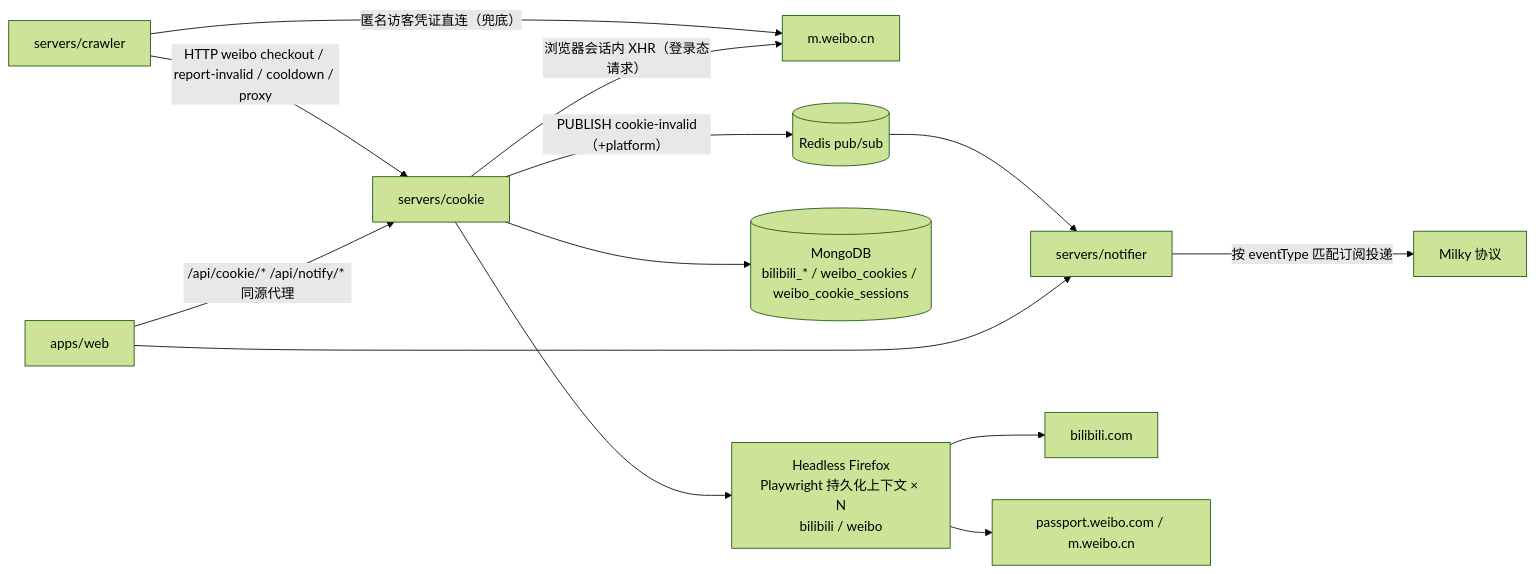
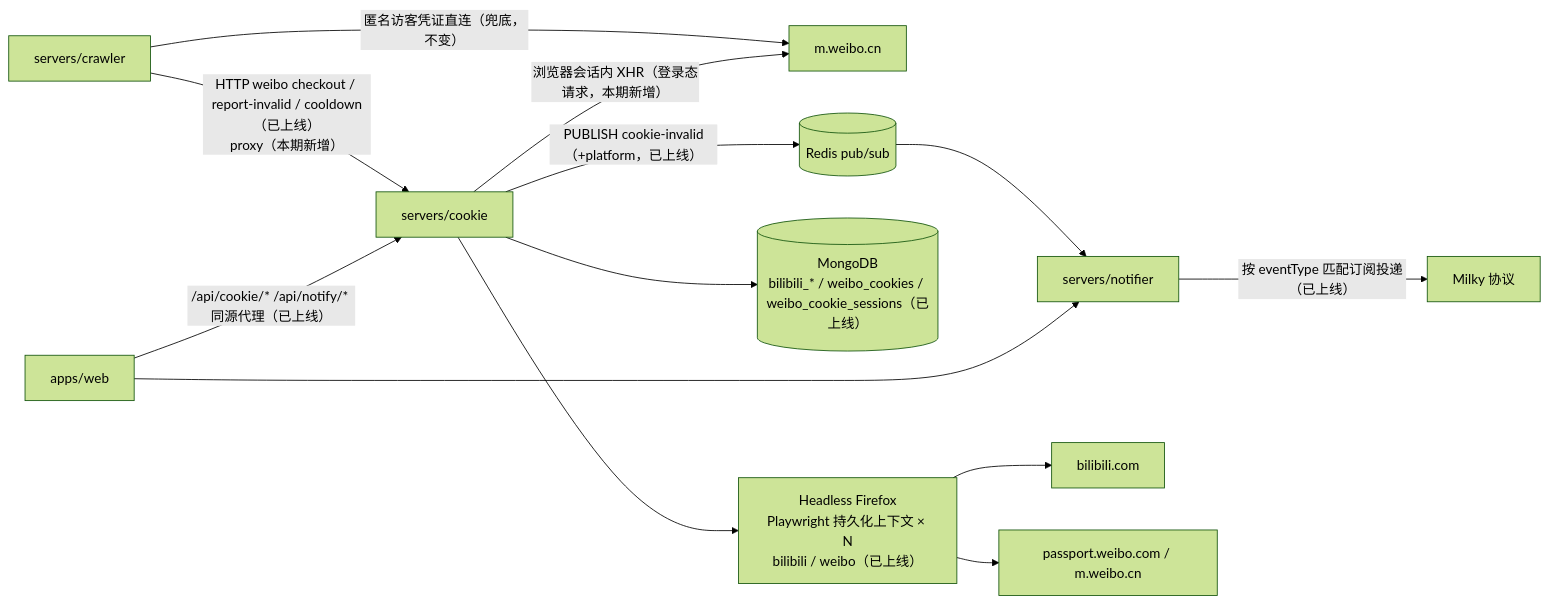
One commit to Deliay/z-vtuber changed the first of 3 diagrams in docs/engineering/proposals/20260913-proposal-weibo-cookie-crawl.md. Above: the diagram before and after it, drawn with Mermaid (forest theme). The commit also changed other lines of this file and 1 other file, not shown here.

First line of the commit message:
docs: revise weibo-cookie-crawl docs to v1.2, scope to proxy xhr increment

````diff
--- a/docs/engineering/proposals/20260913-proposal-weibo-cookie-crawl.md
+++ b/docs/engineering/proposals/20260913-proposal-weibo-cookie-crawl.md
@@ -38,15 +42,15 @@
 ```mermaid
 graph LR
-    Web[apps/web] -->|/api/cookie/* /api/notify/* 同源代理| CK[servers/cookie]
+    Web[apps/web] -->|/api/cookie/* /api/notify/* 同源代理（已上线）| CK[servers/cookie]
     Web --> NT[servers/notifier]
-    Crawler[servers/crawler] -->|HTTP weibo checkout / report-invalid / cooldown / proxy| CK
-    CK -->|浏览器会话内 XHR（登录态请求）| WB[m.weibo.cn]
-    Crawler -->|匿名访客凭证直连（兜底）| WB
-    CK --> FF[Headless Firefox<br/>Playwright 持久化上下文 × N<br/>bilibili / weibo]
+    Crawler[servers/crawler] -->|HTTP weibo checkout / report-invalid / cooldown（已上线）<br/>proxy（本期新增）| CK
+    CK -->|浏览器会话内 XHR（登录态请求，本期新增）| WB[m.weibo.cn]
+    Crawler -->|匿名访客凭证直连（兜底，不变）| WB
+    CK --> FF[Headless Firefox<br/>Playwright 持久化上下文 × N<br/>bilibili / weibo（已上线）]
     FF --> BILI[bilibili.com]
     FF --> WBP[passport.weibo.com / m.weibo.cn]
-    CK --> M[(MongoDB<br/>bilibili_* / weibo_cookies / weibo_cookie_sessions)]
-    CK -->|PUBLISH cookie-invalid（+platform）| R[(Redis pub/sub)]
+    CK --> M[(MongoDB<br/>bilibili_* / weibo_cookies / weibo_cookie_sessions（已上线）)]
+    CK -->|PUBLISH cookie-invalid（+platform，已上线）| R[(Redis pub/sub)]
     R --> NT
-    NT -->|按 eventType 匹配订阅投递| Milky[Milky 协议]
+    NT -->|按 eventType 匹配订阅投递（已上线）| Milky[Milky 协议]
 ```
````
